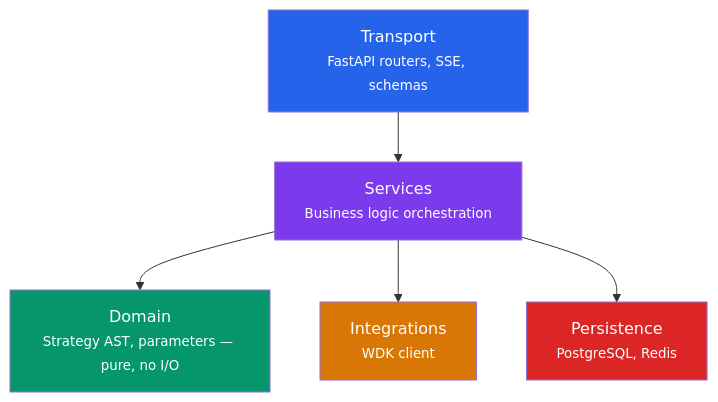
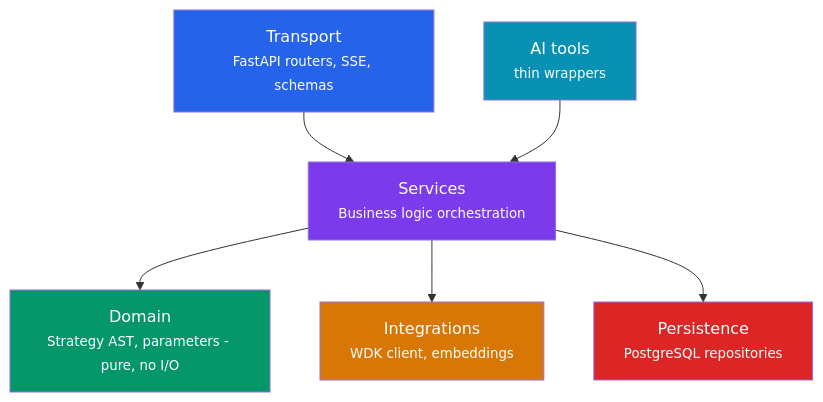
One commit to ahmedOmuharram/pathfinder changed the second of 2 diagrams in apps/api/docs/api/overview.rst. Above: the diagram before and after it, drawn with Mermaid. The commit also changed other lines of this file and 411 other files, not shown here.

```diff
--- a/apps/api/docs/api/overview.rst
+++ b/apps/api/docs/api/overview.rst
@@ -208,13 +192,15 @@
 .. mermaid::
 
    flowchart TD
        T["Transport<br/><small>FastAPI routers, SSE, schemas</small>"] --> S["Services<br/><small>Business logic orchestration</small>"]
-       S --> D["Domain<br/><small>Strategy AST, parameters — pure, no I/O</small>"]
-       S --> I["Integrations<br/><small>WDK client</small>"]
-       S --> P["Persistence<br/><small>PostgreSQL, Redis</small>"]
+       AT["AI tools<br/><small>thin wrappers</small>"] --> S
+       S --> D["Domain<br/><small>Strategy AST, parameters - pure, no I/O</small>"]
+       S --> I["Integrations<br/><small>WDK client, embeddings</small>"]
+       S --> P["Persistence<br/><small>PostgreSQL repositories</small>"]
 
        style T fill:#2563eb,color:#fff
+       style AT fill:#0891b2,color:#fff
        style S fill:#7c3aed,color:#fff
        style D fill:#059669,color:#fff
        style I fill:#d97706,color:#fff
        style P fill:#dc2626,color:#fff
```
